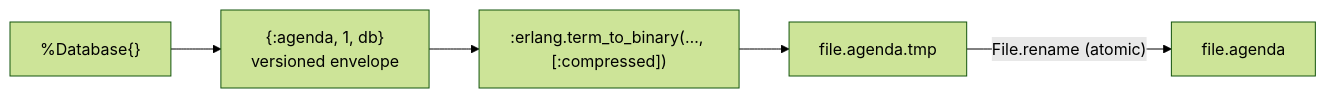
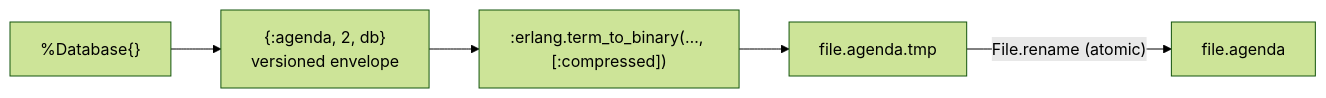
The sixth of 6 diagrams in docs/DATA_MODEL.md (jamting/agendum), drawn with Mermaid (forest theme) before and after one commit. The commit also changed other lines of this file and 21 other files, not shown here.

````diff
--- a/docs/DATA_MODEL.md
+++ b/docs/DATA_MODEL.md
@@ -350,7 +354,7 @@
 ```mermaid
 flowchart LR
-    DB["%Database{}"] --> T["{:agenda, 1, db}<br/>versioned envelope"]
+    DB["%Database{}"] --> T["{:agenda, 2, db}<br/>versioned envelope"]
     T --> B[":erlang.term_to_binary(…, [:compressed])"]
     B --> TMP["file.agenda.tmp"]
     TMP -- "File.rename (atomic)" --> F["file.agenda"]
 ```
````
